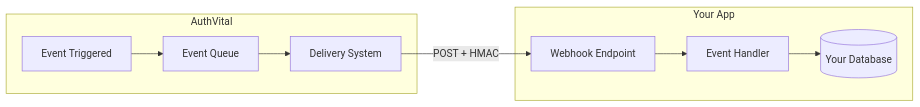
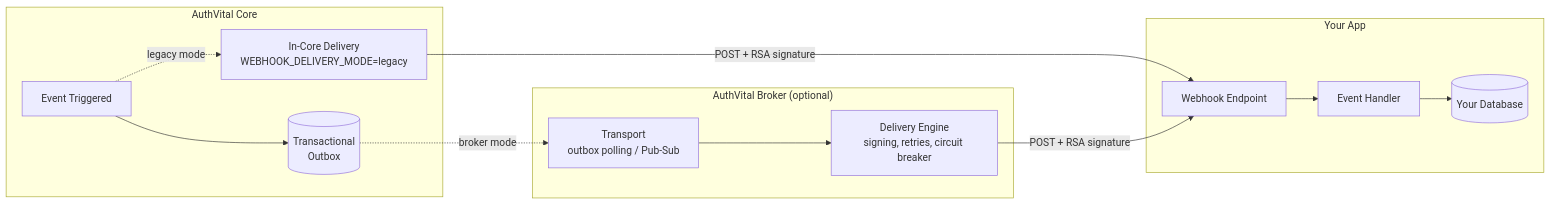
Before and after one commit to fed-stew/authvital: the fifth of 7 diagrams in docs/concepts/architecture.md, drawn with Mermaid. The commit also changed other lines of this file and 116 other files, not shown here.

````diff
--- a/docs/concepts/architecture.md
+++ b/docs/concepts/architecture.md
@@ -205,20 +208,28 @@
 ```mermaid
 graph LR
-    subgraph "AuthVital"
+    subgraph "AuthVital Core"
         Event[Event Triggered]
-        Queue[Event Queue]
-        Deliver[Delivery System]
+        Outbox[(Transactional<br/>Outbox)]
+        Legacy[In-Core Delivery<br/>WEBHOOK_DELIVERY_MODE=legacy]
     end
-    
+
+    subgraph "AuthVital Broker (optional)"
+        Transport[Transport<br/>outbox polling / Pub-Sub]
+        Engine[Delivery Engine<br/>signing, retries, circuit breaker]
+    end
+
     subgraph "Your App"
         Endpoint[Webhook Endpoint]
         Handler[Event Handler]
         DB[(Your Database)]
     end
-    
-    Event --> Queue
-    Queue --> Deliver
-    Deliver -->|POST + HMAC| Endpoint
+
+    Event --> Outbox
+    Event -.legacy mode.-> Legacy
+    Legacy -->|POST + RSA signature| Endpoint
+    Outbox -.broker mode.-> Transport
+    Transport --> Engine
+    Engine -->|POST + RSA signature| Endpoint
     Endpoint --> Handler
     Handler --> DB
 ```
````
